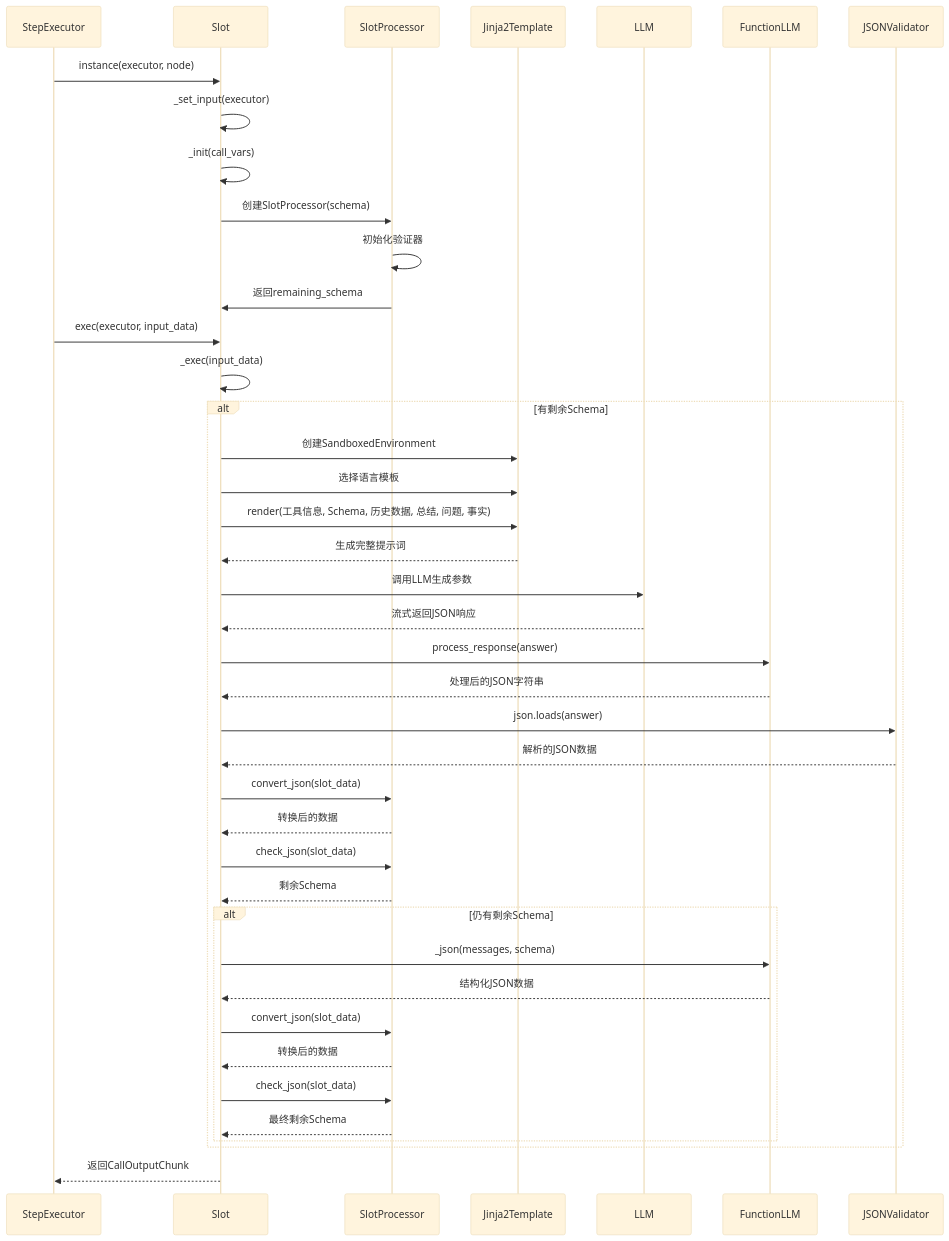
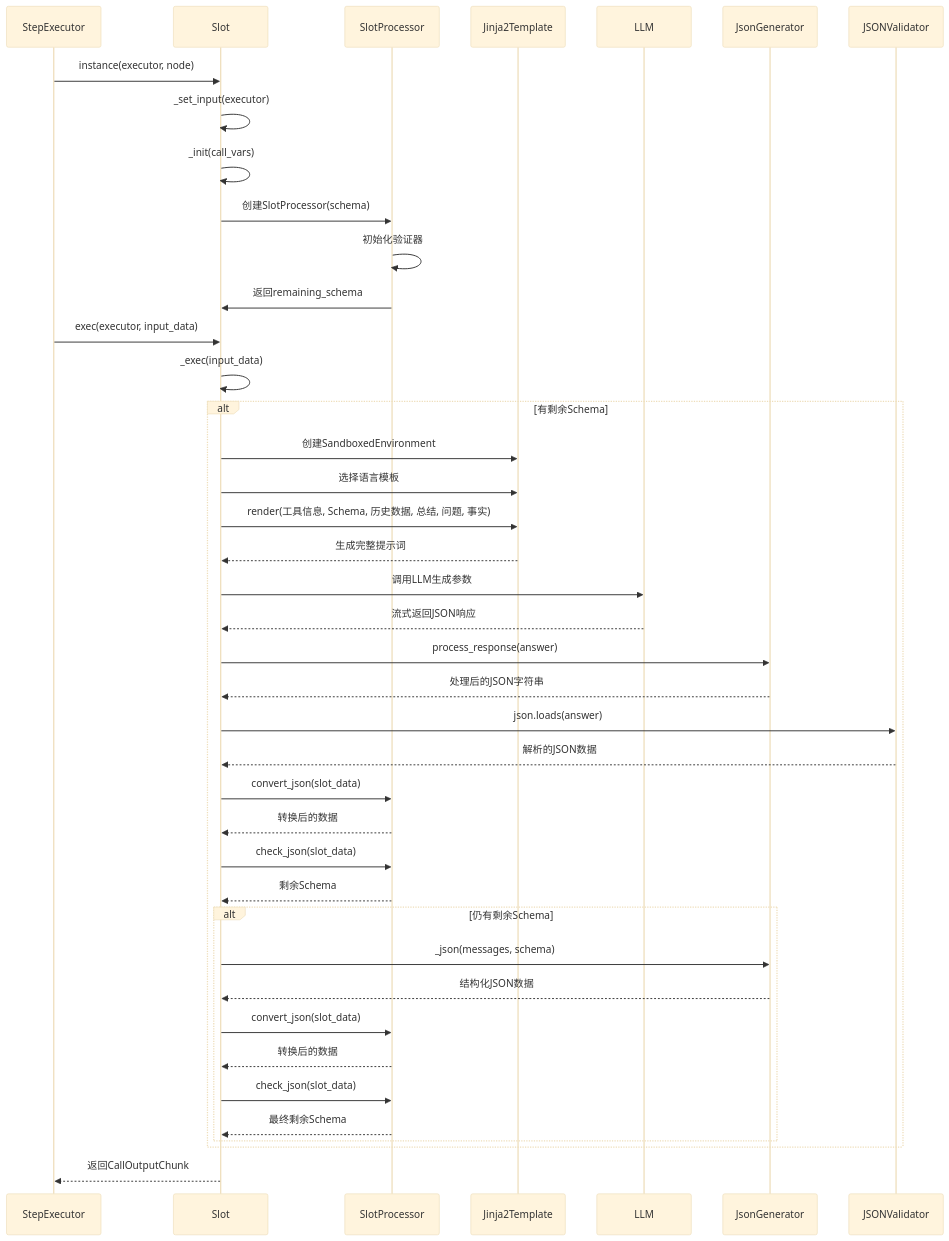
Before and after one commit to openeuler-mirror/euler-copilot-framework: the fifth of 7 diagrams in design/call/slot.md, drawn with Mermaid (base theme). The commit also changed other lines of this file, not shown here.

````diff
--- a/design/call/slot.md
+++ b/design/call/slot.md
@@ -243,50 +243,50 @@
 ```mermaid
 sequenceDiagram
     participant E as StepExecutor
     participant S as Slot
     participant SP as SlotProcessor
     participant T as Jinja2Template
     participant L as LLM
-    participant F as FunctionLLM
+    participant J as JsonGenerator
     participant V as JSONValidator
     
     E->>S: instance(executor, node)
     S->>S: _set_input(executor)
     S->>S: _init(call_vars)
     S->>SP: 创建SlotProcessor(schema)
     SP->>SP: 初始化验证器
     SP->>S: 返回remaining_schema
     
     E->>S: exec(executor, input_data)
     S->>S: _exec(input_data)
     
     alt 有剩余Schema
         S->>T: 创建SandboxedEnvironment
         S->>T: 选择语言模板
         S->>T: render(工具信息, Schema, 历史数据, 总结, 问题, 事实)
         T-->>S: 生成完整提示词
         
         S->>L: 调用LLM生成参数
         L-->>S: 流式返回JSON响应
-        S->>F: process_response(answer)
-        F-->>S: 处理后的JSON字符串
+        S->>J: process_response(answer)
+        J-->>S: 处理后的JSON字符串
         S->>V: json.loads(answer)
         V-->>S: 解析的JSON数据
         
         S->>SP: convert_json(slot_data)
         SP-->>S: 转换后的数据
         S->>SP: check_json(slot_data)
         SP-->>S: 剩余Schema
         
         alt 仍有剩余Schema
-            S->>F: _json(messages, schema)
-            F-->>S: 结构化JSON数据
+            S->>J: _json(messages, schema)
+            J-->>S: 结构化JSON数据
             S->>SP: convert_json(slot_data)
             SP-->>S: 转换后的数据
             S->>SP: check_json(slot_data)
             SP-->>S: 最终剩余Schema
         end
     end
     
     S-->>E: 返回CallOutputChunk
 ```
````
